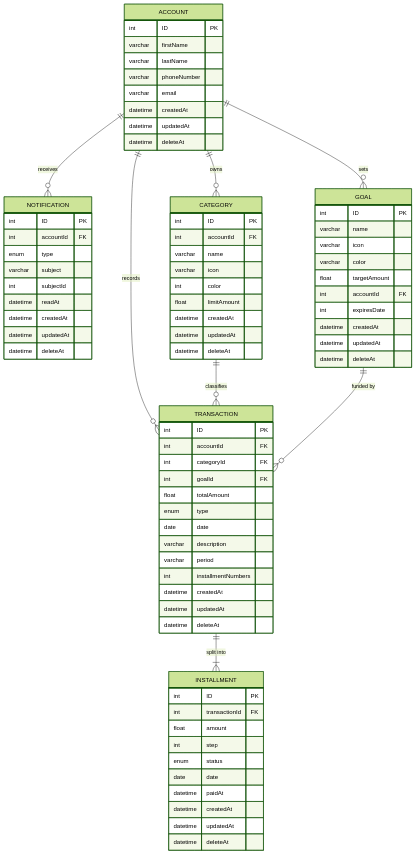
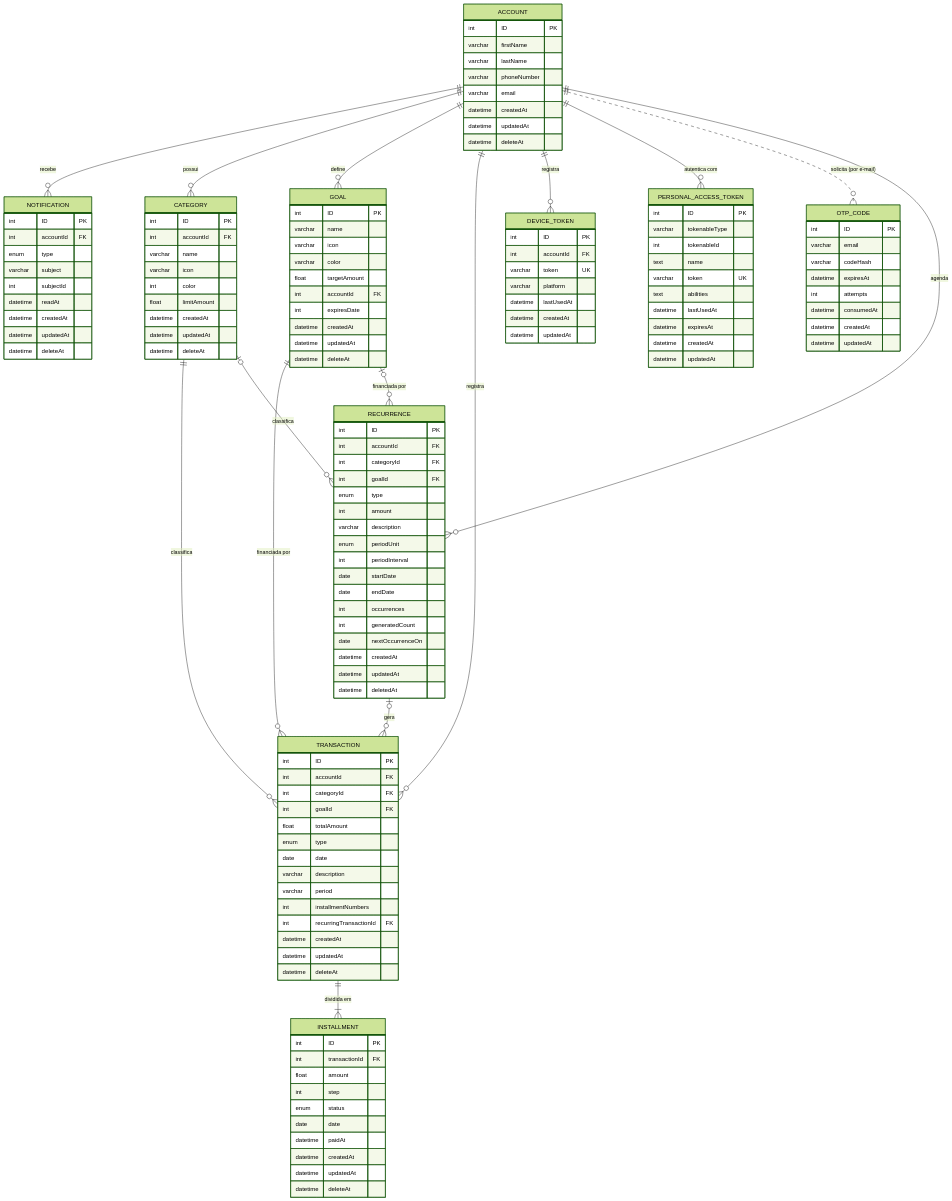
The diagram in docs/erd.md (Alan-pereiraa/FlowFi), drawn with Mermaid (forest theme) before and after one commit. The commit also changed other lines of this file and 21 other files, not shown here.

Commit message:
feat(backend): add recurring transactions that repeat the full amount every period

````diff
--- a/docs/erd.md
+++ b/docs/erd.md
@@ -82,12 +148,19 @@
 ```mermaid
 erDiagram
-    ACCOUNT ||--o{ NOTIFICATION : "receives"
-    ACCOUNT ||--o{ CATEGORY     : "owns"
-    ACCOUNT ||--o{ GOAL         : "sets"
-    ACCOUNT ||--o{ TRANSACTION  : "records"
-    CATEGORY ||--o{ TRANSACTION : "classifies"
-    GOAL     ||--o{ TRANSACTION : "funded by"
-    TRANSACTION ||--|{ INSTALLMENT : "split into"
+    ACCOUNT ||--o{ NOTIFICATION : "recebe"
+    ACCOUNT ||--o{ CATEGORY     : "possui"
+    ACCOUNT ||--o{ GOAL         : "define"
+    ACCOUNT ||--o{ TRANSACTION  : "registra"
+    CATEGORY ||--o{ TRANSACTION : "classifica"
+    GOAL     ||--o{ TRANSACTION : "financiada por"
+    TRANSACTION ||--|{ INSTALLMENT : "dividida em"
+    ACCOUNT ||--o{ DEVICE_TOKEN          : "registra"
+    ACCOUNT ||--o{ PERSONAL_ACCESS_TOKEN : "autentica com"
+    ACCOUNT ||..o{ OTP_CODE              : "solicita (por e-mail)"
+    ACCOUNT    ||--o{ RECURRENCE  : "agenda"
+    CATEGORY   |o--o{ RECURRENCE  : "classifica"
+    GOAL       |o--o{ RECURRENCE  : "financiada por"
+    RECURRENCE |o--o{ TRANSACTION : "gera"
 
     ACCOUNT {
         int      ID          PK
@@ -148,9 +221,30 @@
         varchar  description
         varchar  period
         int      installmentNumbers
+        int      recurringTransactionId FK
         datetime createdAt
         datetime updatedAt
         datetime deleteAt
+    }
+
+    RECURRENCE {
+        int      ID             PK
+        int      accountId      FK
+        int      categoryId     FK
+        int      goalId         FK
+        enum     type
+        int      amount
+        varchar  description
+        enum     periodUnit
+        int      periodInterval
+        date     startDate
+        date     endDate
+        int      occurrences
+        int      generatedCount
+        date     nextOccurrenceOn
+        datetime createdAt
+        datetime updatedAt
+        datetime deletedAt
     }
 
     INSTALLMENT {
@@ -165,4 +259,38 @@
         datetime updatedAt
         datetime deleteAt
     }
+
+    DEVICE_TOKEN {
+        int      ID         PK
+        int      accountId  FK
+        varchar  token      UK
+        varchar  platform
+        datetime lastUsedAt
+        datetime createdAt
+        datetime updatedAt
+    }
+
+    PERSONAL_ACCESS_TOKEN {
+        int      ID            PK
+        varchar  tokenableType
+        int      tokenableId
+        text     name
+        varchar  token         UK
+        text     abilities
+        datetime lastUsedAt
+        datetime expiresAt
+        datetime createdAt
+        datetime updatedAt
+    }
+
+    OTP_CODE {
+        int      ID         PK
+        varchar  email
+        varchar  codeHash
+        datetime expiresAt
+        int      attempts
+        datetime consumedAt
+        datetime createdAt
+        datetime updatedAt
+    }
 ```
````
